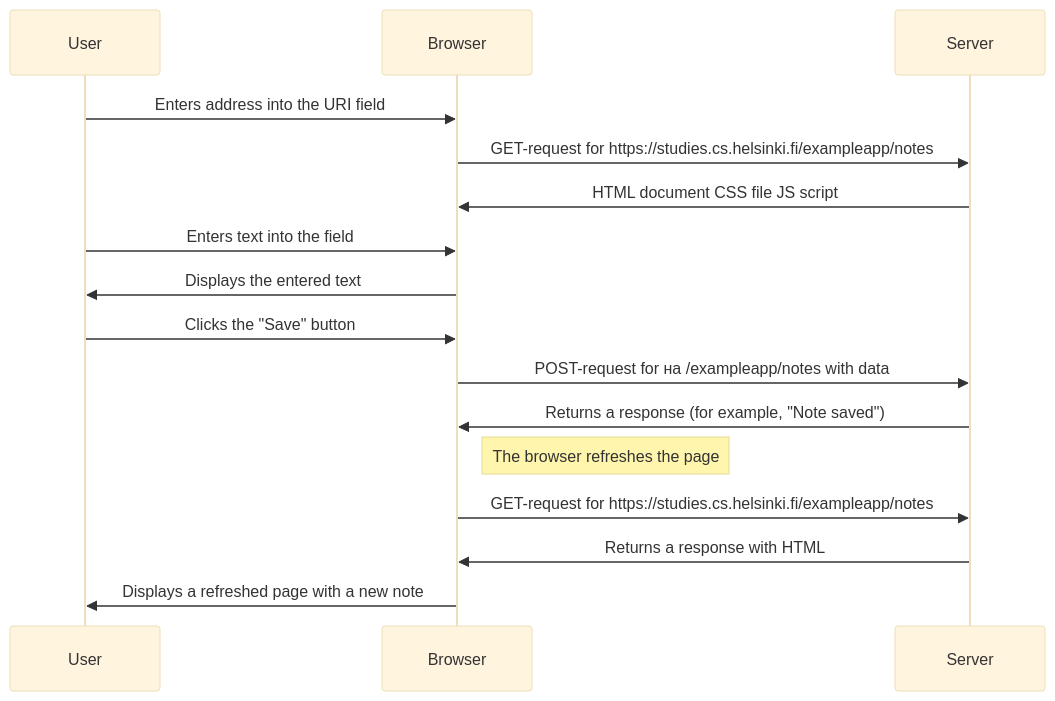
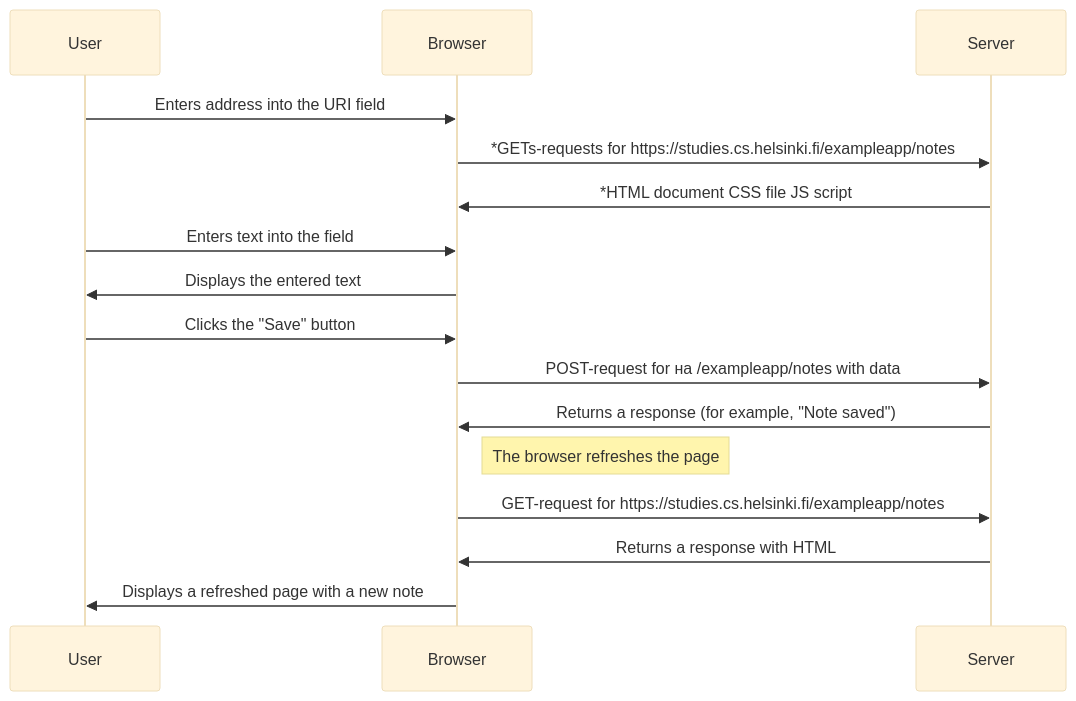
One commit to iFrodo/fullstackopen changed the diagram in README.md. Above: the diagram before and after it, drawn with Mermaid (base theme).

````diff
--- a/README.md
+++ b/README.md
@@ -1,25 +1,25 @@
 ``` mermaid
 sequenceDiagram
     participant User
     participant Browser
     participant Server
 
     User->>Browser: Enters address into the URI field
 
-    Browser->>Server: GET-request for https://studies.cs.helsinki.fi/exampleapp/notes
-    Server->>Browser: HTML document CSS file JS script 
+    Browser->>Server: *GETs-requests for https://studies.cs.helsinki.fi/exampleapp/notes
+    Server->>Browser: *HTML document CSS file JS script 
 
     User->>Browser: Enters text into the field
     Browser->>User: Displays the entered text
 
     User->>Browser: Clicks the "Save" button
     Browser->>Server: POST-request for на /exampleapp/notes with data
     Server->>Browser: Returns a response (for example, "Note saved")
 
     Note right of Browser: The browser refreshes the page
     Browser->>Server: GET-request for https://studies.cs.helsinki.fi/exampleapp/notes
     Server->>Browser: Returns a response with HTML
     Browser->>User: Displays a refreshed page with a new note
 
 
 ```
````
